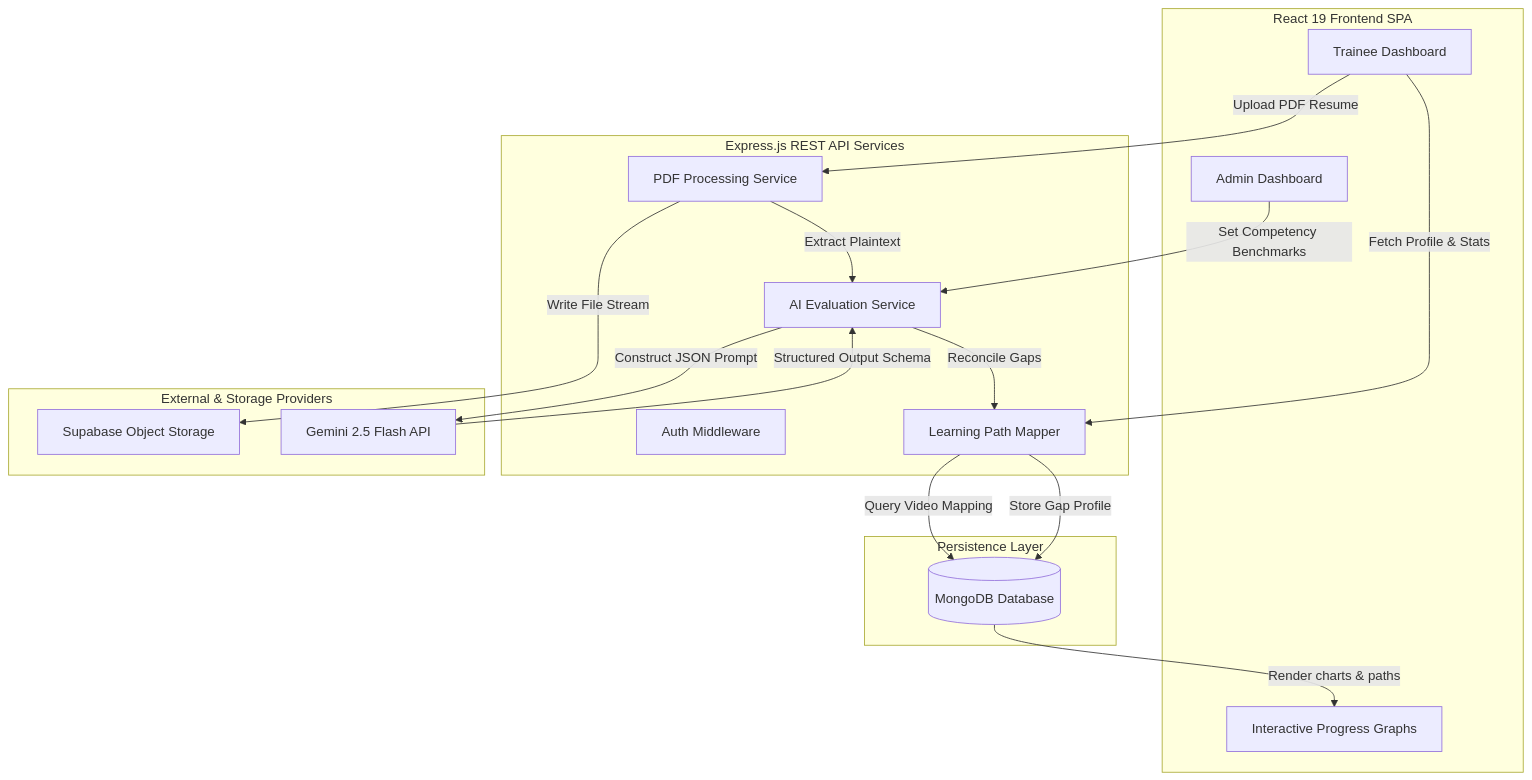
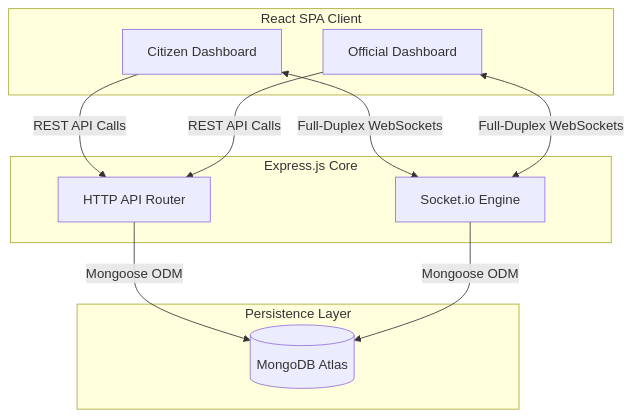
Before and after one commit to Raj0-0dev/refactor: the diagram in README.md, drawn with Mermaid. The commit also changed other lines of this file, not shown here.

````diff
--- a/README.md
+++ b/README.md
@@ -60,41 +9,20 @@
 ```mermaid
-flowchart TD
-    subgraph Client [React 19 Frontend SPA]
-        A[Admin Dashboard]
-        B[Trainee Dashboard]
-        C[Interactive Progress Graphs]
+graph TD
+    subgraph Client Tier [React SPA Client]
+        A[Citizen Dashboard]
+        B[Official Dashboard]
     end
 
-    subgraph Server [Express.js REST API Services]
-        D[Auth Middleware]
-        E[PDF Processing Service]
-        F[AI Evaluation Service]
-        G[Learning Path Mapper]
+    subgraph Service Tier [Express.js Core]
+        C[HTTP API Router]
+        D[Socket.io Engine]
     end
 
-    subgraph Cloud [External & Storage Providers]
-        H[Supabase Object Storage]
-        I[Gemini 2.5 Flash API]
+    subgraph Data Tier [Persistence Layer]
+        E[(MongoDB Atlas)]
     end
 
-    subgraph DB [Persistence Layer]
-        J[(MongoDB Database)]
-    end
-
-    %% Client Actions
-    B -->|Upload PDF Resume| E
-    B -->|Fetch Profile & Stats| G
-    A -->|Set Competency Benchmarks| F
-    
-    %% Server Operations
-    E -->|Write File Stream| H
-    E -->|Extract Plaintext| F
-    F -->|Construct JSON Prompt| I
-    I -->|Structured Output Schema| F
-    F -->|Reconcile Gaps| G
-    G -->|Query Video Mapping| J
-    G -->|Store Gap Profile| J
-    
-    %% Dashboard Sync
-    J -->|Render charts & paths| C
+    A & B -->|REST API Calls| C
+    A & B <-->|Full-Duplex WebSockets| D
+    C & D -->|Mongoose ODM| E
 ```
````
